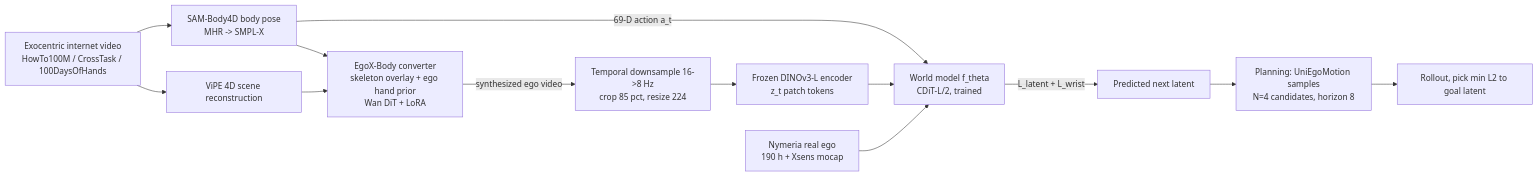
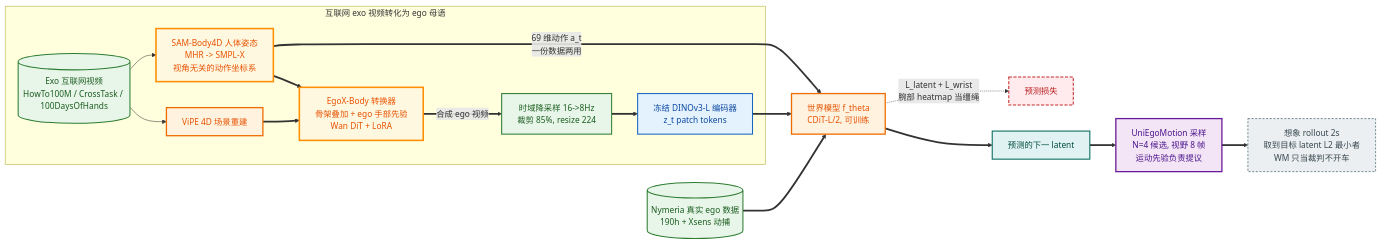
Before and after one commit to luohu-arch/physical_intelligence_study: the diagram in notes/world-model/egoexo-wm.md, drawn with Mermaid. The commit also changed 153 other files, not shown here.

````diff
--- a/notes/world-model/egoexo-wm.md
+++ b/notes/world-model/egoexo-wm.md
@@ -82,15 +82,48 @@
 ```mermaid
+%%{init: {
+  'theme':'base',
+  'themeVariables':{
+    'primaryColor':'#fafbfd','primaryBorderColor':'#4a5d7d','primaryTextColor':'#1f2937',
+    'fontFamily':'"PingFang SC","Hiragino Sans GB","Microsoft YaHei",sans-serif',
+    'fontSize':'14px','clusterBkg':'#fbfcfe','clusterBorder':'#b9c6d8','edgeLabelBackground':'#ffffff'
+  },
+  'flowchart':{'curve':'basis','nodeSpacing':26,'rankSpacing':42,'padding':10}
+}}%%
 flowchart LR
-    A[Exocentric internet video<br/>HowTo100M / CrossTask / 100DaysOfHands] --> B[SAM-Body4D body pose<br/>MHR -> SMPL-X]
-    A --> C[ViPE 4D scene reconstruction]
-    B --> D[EgoX-Body converter<br/>skeleton overlay + ego hand prior<br/>Wan DiT + LoRA]
-    C --> D
-    B -->|69-D action a_t| F[World model f_theta<br/>CDiT-L/2, trained]
-    D -->|synthesized ego video| E[Temporal downsample 16->8 Hz<br/>crop 85 pct, resize 224]
-    E --> G[Frozen DINOv3-L encoder<br/>z_t patch tokens]
-    G --> F
-    H[Nymeria real ego<br/>190 h + Xsens mocap] --> F
-    F -->|L_latent + L_wrist| I[Predicted next latent]
-    I --> J[Planning: UniEgoMotion samples<br/>N=4 candidates, horizon 8]
-    J --> K[Rollout, pick min L2 to goal latent]
+    subgraph EXO["互联网 exo 视频转化为 ego 母语"]
+        A[(Exo 互联网视频<br/>HowTo100M / CrossTask / 100DaysOfHands)] --> B["SAM-Body4D 人体姿态<br/>MHR -> SMPL-X<br/>视角无关的动作坐标系"]
+        A --> C["ViPE 4D 场景重建"]
+        B ==> D["EgoX-Body 转换器<br/>骨架叠加 + ego 手部先验<br/>Wan DiT + LoRA"]
+        C ==> D
+        D ==>|"合成 ego 视频"| E["时域降采样 16->8Hz<br/>裁剪 85%, resize 224"]
+        E ==> G["冻结 DINOv3-L 编码器<br/>z_t patch tokens"]
+    end
+
+    B ==>|"69 维动作 a_t<br/>一份数据两用"| F["世界模型 f_theta<br/>CDiT-L/2, 可训练"]
+    G ==> F
+    H[(Nymeria 真实 ego 数据<br/>190h + Xsens 动捕)] ==> F
+    F -.->|"L_latent + L_wrist<br/>腕部 heatmap 当缰绳"| LOSS["预测损失"]
+    F ==> I["预测的下一 latent"]
+    I ==> J["UniEgoMotion 采样<br/>N=4 候选, 视野 8 帧<br/>运动先验负责提议"]
+    J ==> K["想象 rollout 2s<br/>取到目标 latent L2 最小者<br/>WM 只当裁判不开车"]
+
+    class A,H data
+    class B,D key
+    class C train
+    class G frozen
+    class E data
+    class F train
+    class LOSS loss
+    class I env
+    class J act
+    class K loop
+    classDef data fill:#e8f5e9,stroke:#2e7d32,stroke-width:2px,color:#1b5e20
+    classDef frozen fill:#e3f2fd,stroke:#1565c0,stroke-width:2px,color:#0d47a1
+    classDef train fill:#fff3e0,stroke:#ef6c00,stroke-width:2.5px,color:#e65100
+    classDef loss fill:#ffebee,stroke:#c62828,stroke-width:2px,color:#b71c1c,stroke-dasharray:6 3
+    classDef act fill:#f3e5f5,stroke:#6a1b9a,stroke-width:2.5px,color:#4a148c
+    classDef key fill:#fff8e1,stroke:#ff8f00,stroke-width:3px,color:#e65100
+    classDef loop fill:#eceff1,stroke:#546e7a,stroke-width:1.5px,color:#37474f,stroke-dasharray:4 3
+    classDef env fill:#e0f2f1,stroke:#00695c,stroke-width:2px,color:#004d40
+    classDef reward fill:#fce4ec,stroke:#ad1457,stroke-width:2px,color:#880e4f
 ```
````
